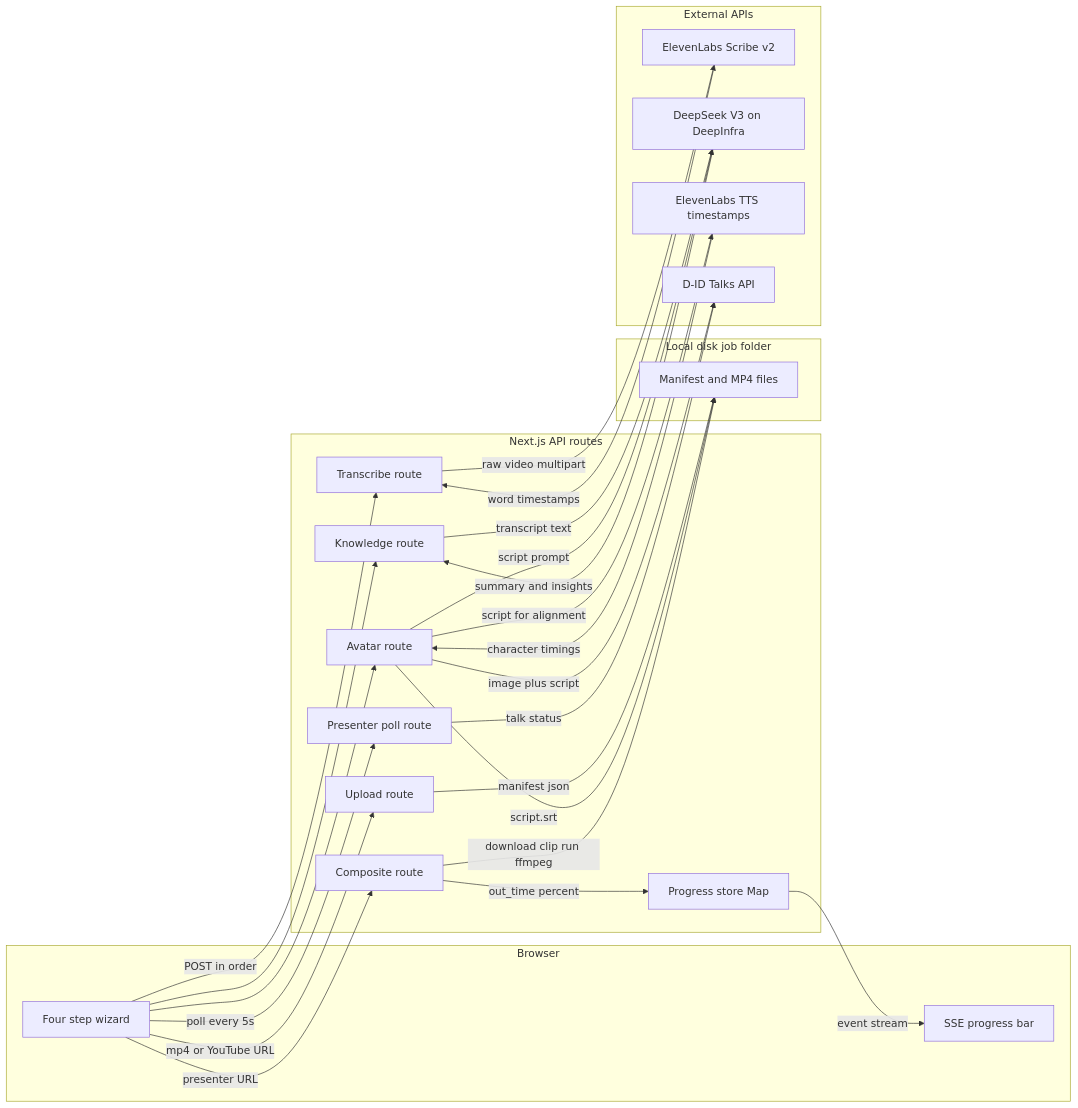
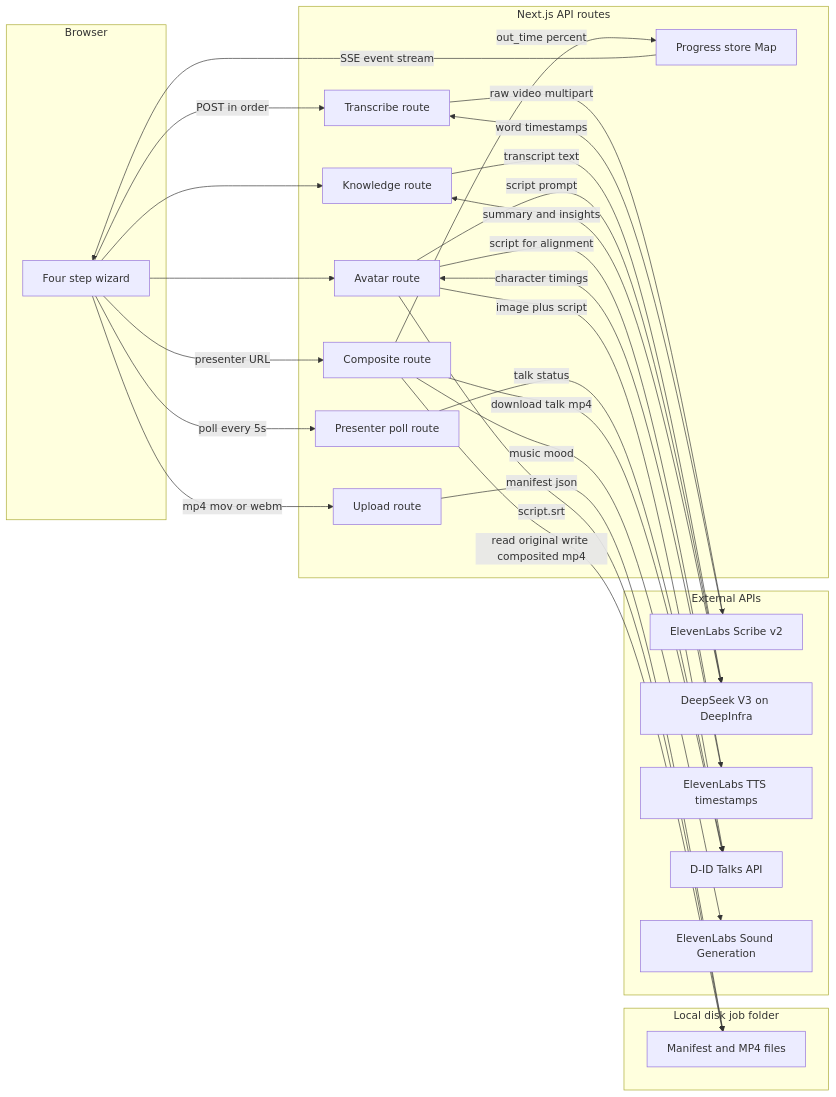
Before and after one commit to anirxdh/portfolio: the diagram in content/diagrams/d-id-you-ai-presenter-architecture.mmd, drawn with Mermaid. The commit also changed 77 other files, not shown here.

```diff
--- a/content/diagrams/d-id-you-ai-presenter-architecture.mmd
+++ b/content/diagrams/d-id-you-ai-presenter-architecture.mmd
@@ -1,43 +1,45 @@
 graph LR
   subgraph Client[Browser]
     A[Four step wizard]
-    B[SSE progress bar]
   end
   subgraph Server[Next.js API routes]
     C[Upload route]
     D[Transcribe route]
     E[Knowledge route]
     F[Avatar route]
     G[Presenter poll route]
     H[Composite route]
     I[Progress store Map]
   end
   subgraph Disk[Local disk job folder]
     J[Manifest and MP4 files]
   end
   subgraph Cloud[External APIs]
     K[ElevenLabs Scribe v2]
     L[DeepSeek V3 on DeepInfra]
     M[ElevenLabs TTS timestamps]
     N[D-ID Talks API]
+    O[ElevenLabs Sound Generation]
   end
-  A -->|mp4 or YouTube URL| C
+  A -->|mp4 mov or webm| C
   C -->|manifest json| J
   A -->|POST in order| D
   A --> E
   A --> F
   D -->|raw video multipart| K
   K -->|word timestamps| D
   E -->|transcript text| L
   L -->|summary and insights| E
   F -->|script prompt| L
   F -->|script for alignment| M
   M -->|character timings| F
   F -->|script.srt| J
   F -->|image plus script| N
   A -->|poll every 5s| G
   G -->|talk status| N
   A -->|presenter URL| H
-  H -->|download clip run ffmpeg| J
+  H -->|music mood| O
+  H -->|download talk mp4| N
+  H -->|read original write composited mp4| J
   H -->|out_time percent| I
-  I -->|event stream| B
+  I -->|SSE event stream| A
```
